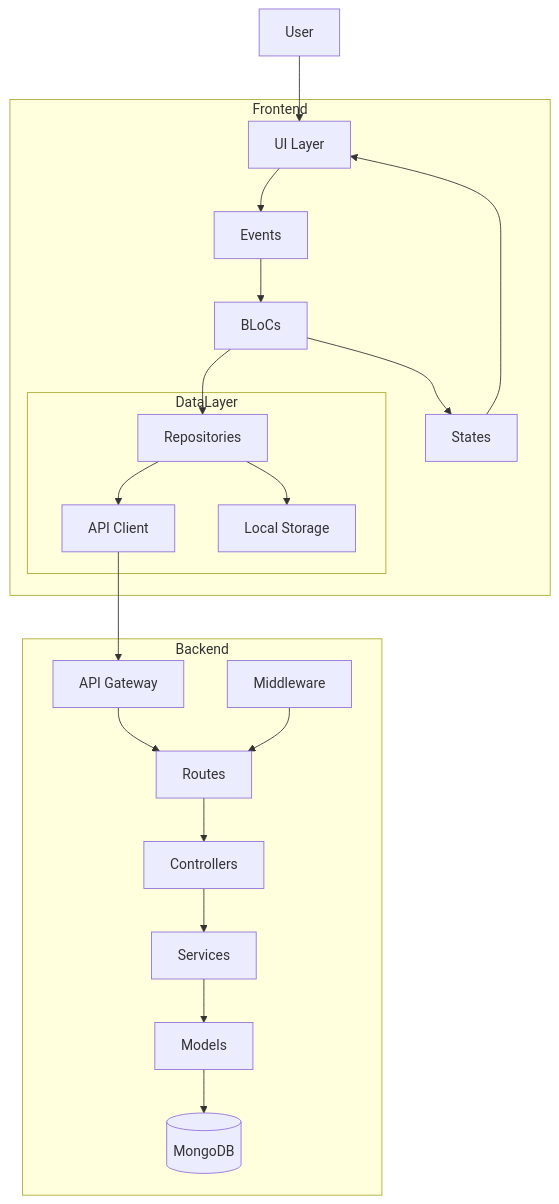
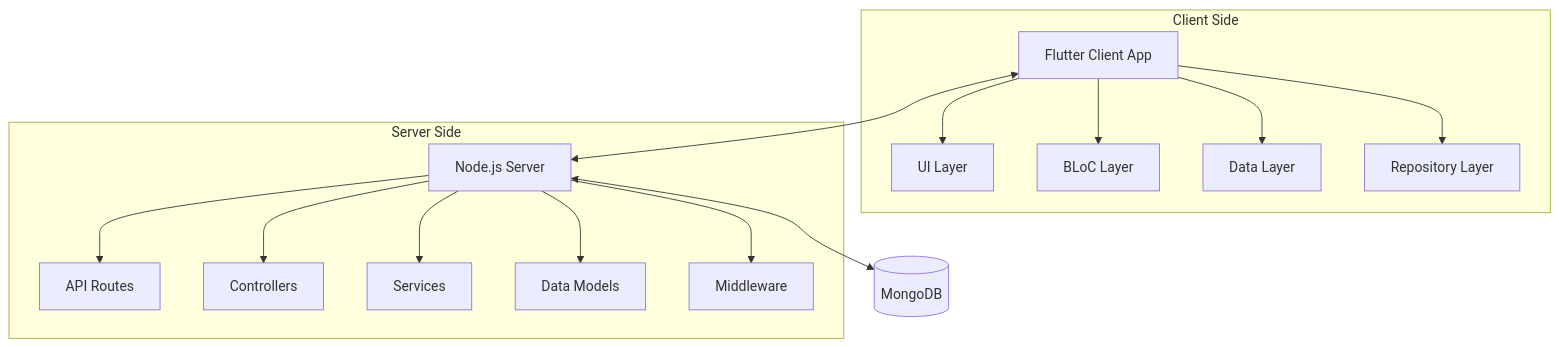
One commit to SSC-ICT-Innovatie/ICY changed the first of 4 diagrams in documentation/english/Architecture_Document.md. Above: the diagram before and after it, drawn with Mermaid. The commit also changed other lines of this file and 58 other files, not shown here.

````diff
--- a/documentation/english/Architecture_Document.md
+++ b/documentation/english/Architecture_Document.md
@@ -59,31 +11,24 @@
 ```mermaid
-flowchart TD
-    User[User] --> UI[UI Layer]
+graph TD
+    Client[Flutter Client App]
+    Server[Node.js Server]
+    Database[(MongoDB)]
     
-    subgraph Frontend
-        UI --> Events[Events]
-        Events --> BLoCs[BLoCs]
-        BLoCs --> States[States]
-        States --> UI
-        
-        BLoCs --> Repositories[Repositories]
-        
-        subgraph DataLayer
-            Repositories --> ApiClient[API Client]
-            Repositories --> LocalStorage[Local Storage]
-        end
+    Client <--> Server
+    Server <--> Database
+    
+    subgraph "Client Side"
+        Client --> UILayer[UI Layer]
+        Client --> BlocLayer[BLoC Layer]
+        Client --> DataLayer[Data Layer]
+        Client --> RepositoryLayer[Repository Layer]
     end
     
-    ApiClient --> API[API Gateway]
-    
-    subgraph Backend
-        API --> Routes[Routes]
-        Routes --> Controllers[Controllers]
-        Controllers --> Services[Services]
-        
-        Services --> Models[Models]
-        Models --> Database[(MongoDB)]
-        
-        Middleware[Middleware] --> Routes
+    subgraph "Server Side"
+        Server --> Routes[API Routes]
+        Server --> Controllers[Controllers]
+        Server --> Services[Services]
+        Server --> Models[Data Models]
+        Server --> Middleware[Middleware]
     end
 ```
````
